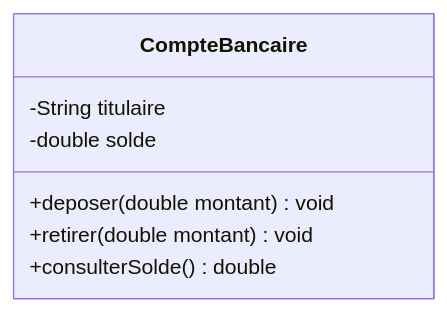
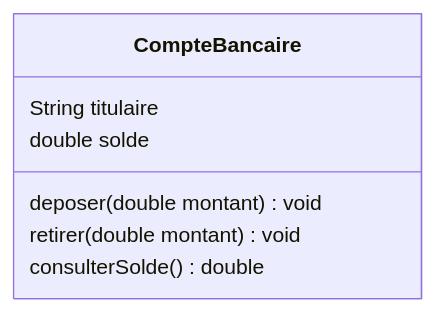
Before and after one commit to rezakaziz/programmation-cours: the fourth of 4 diagrams in cours/02/pages/class.md, drawn with Mermaid. The commit also changed other lines of this file and 9 other files, not shown here.

````diff
--- a/cours/02/pages/class.md
+++ b/cours/02/pages/class.md
@@ -686,10 +751,10 @@
 ```mermaid {theme: 'neutral', scale: 0.68}
 classDiagram
     class CompteBancaire {
-        -String titulaire
-        -double solde
-        +deposer(double montant) void
-        +retirer(double montant) void
-        +consulterSolde() double
+        String titulaire
+        double solde
+        deposer(double montant) void
+        retirer(double montant) void
+        consulterSolde() double
     }
 ```
````
